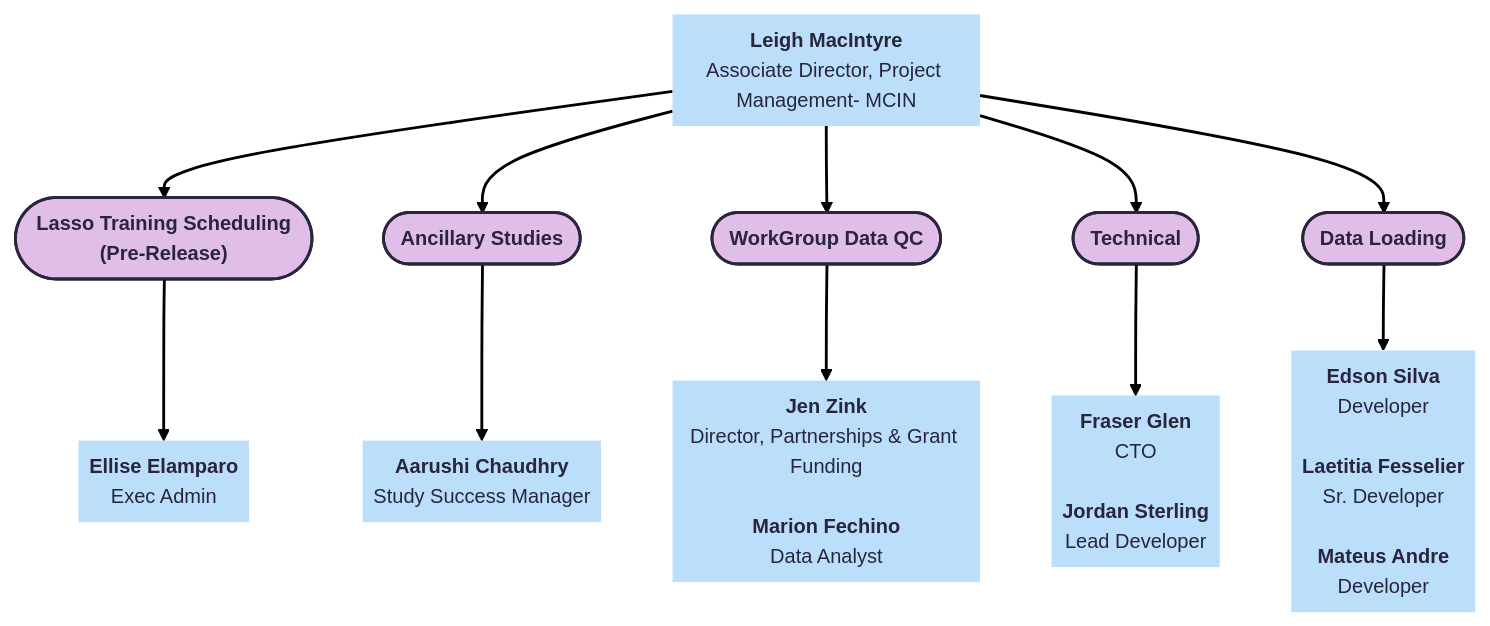
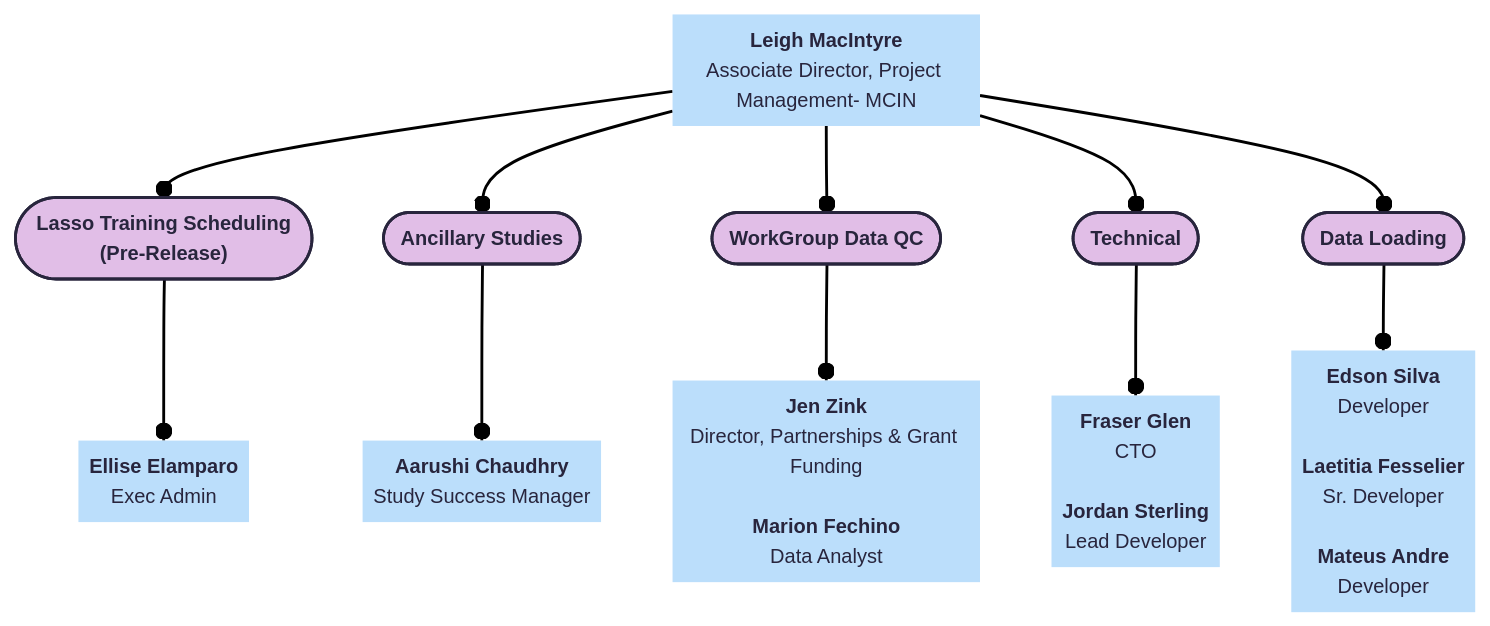
The third of 11 diagrams in docs/orgcharts.md (DCAN-Labs/hbcd-docs-internal), drawn with Mermaid before and after one commit. The commit also changed other lines of this file, not shown here.

````diff
--- a/docs/orgcharts.md
+++ b/docs/orgcharts.md
@@ -328,30 +328,30 @@
 ```mermaid
 ---
 config:
   theme: redux
 ---
 flowchart TD
-    A["<b>Leigh MacIntyre</b><br>Associate Director, Project Management- MCIN"] --> B(["<b>Lasso Training Scheduling<br>(Pre-Release)</b>"]) & n1(["<b>Ancillary Studies</b>"]) & n2(["<b>WorkGroup Data QC</b>"]) & n3(["<b>Technical</b>"]) & n4(["<b>Data Loading</b>"])
-    B --> n5["<b>Ellise Elamparo</b><br>Exec Admin"]
-    n1 --> n6["<b>Aarushi Chaudhry<br></b>Study Success Manager"]
-    n2 --> n7["<b>Jen Zink<br></b>Director, Partnerships &amp; Grant Funding<br><br><b>Marion Fechino</b><br>Data Analyst"]
-    n3 --> n8["<b>Fraser Glen<br></b>CTO<br><br><b>Jordan Sterling<br></b>Lead Developer"]
-    n4 --> n9["<b>Edson Silva<br></b>Developer<br><br><b>Laetitia Fesselier<br></b>Sr. Developer<br><br><b>Mateus Andre<br></b>Developer"]
+    A["<b>Leigh MacIntyre</b><br>Associate Director, Project Management- MCIN"] --o B(["<b>Lasso Training Scheduling<br>(Pre-Release)</b>"]) & n1(["<b>Ancillary Studies</b>"]) & n2(["<b>WorkGroup Data QC</b>"]) & n3(["<b>Technical</b>"]) & n4(["<b>Data Loading</b>"])
+    B --o n5["<b>Ellise Elamparo</b><br>Exec Admin"]
+    n1 --o n6["<b>Aarushi Chaudhry<br></b>Study Success Manager"]
+    n2 --o n7["<b>Jen Zink<br></b>Director, Partnerships &amp; Grant Funding<br><br><b>Marion Fechino</b><br>Data Analyst"]
+    n3 --o n8["<b>Fraser Glen<br></b>CTO<br><br><b>Jordan Sterling<br></b>Lead Developer"]
+    n4 --o n9["<b>Edson Silva<br></b>Developer<br><br><b>Laetitia Fesselier<br></b>Sr. Developer<br><br><b>Mateus Andre<br></b>Developer"]
     A@{ shape: text}
     n5@{ shape: text}
     n6@{ shape: text}
     n7@{ shape: text}
     n8@{ shape: text}
     n9@{ shape: text}
     style A fill:#BBDEFB
     style B fill:#E1BEE7
     style n1 fill:#E1BEE7
     style n2 fill:#E1BEE7
     style n3 fill:#E1BEE7
     style n4 fill:#E1BEE7
     style n5 fill:#BBDEFB
     style n6 fill:#BBDEFB
     style n7 fill:#BBDEFB
     style n8 fill:#BBDEFB
     style n9 fill:#BBDEFB
 ```
````
